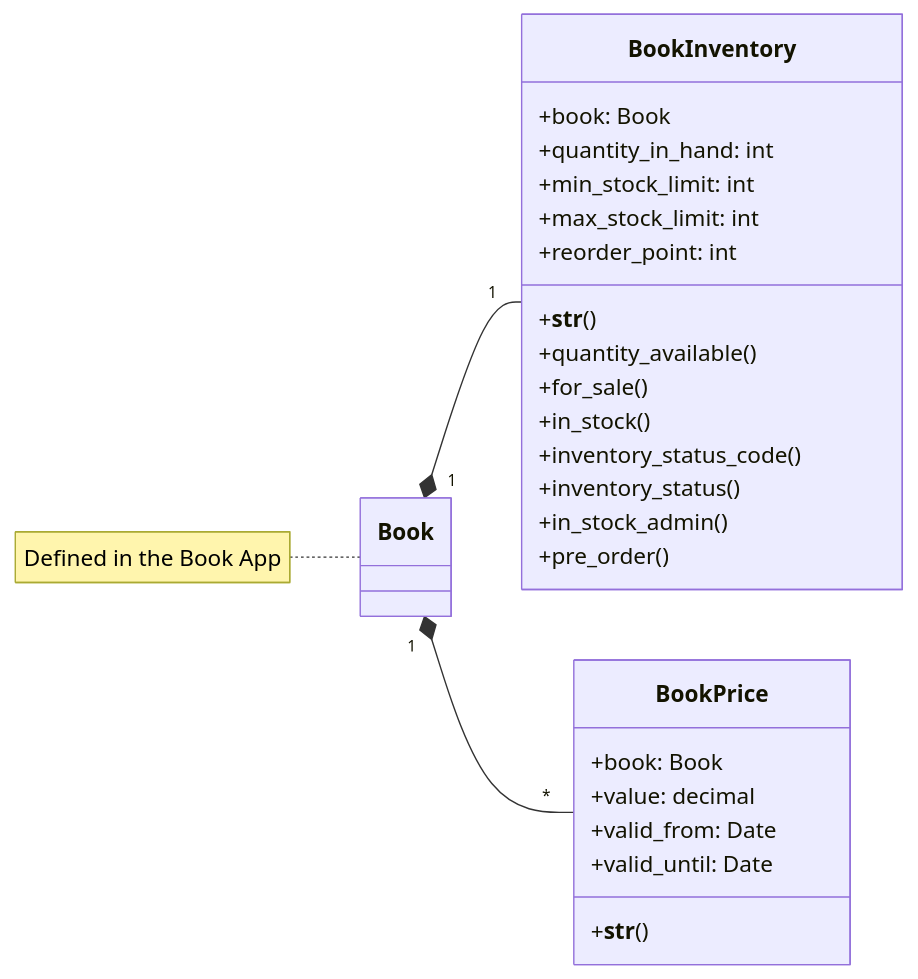
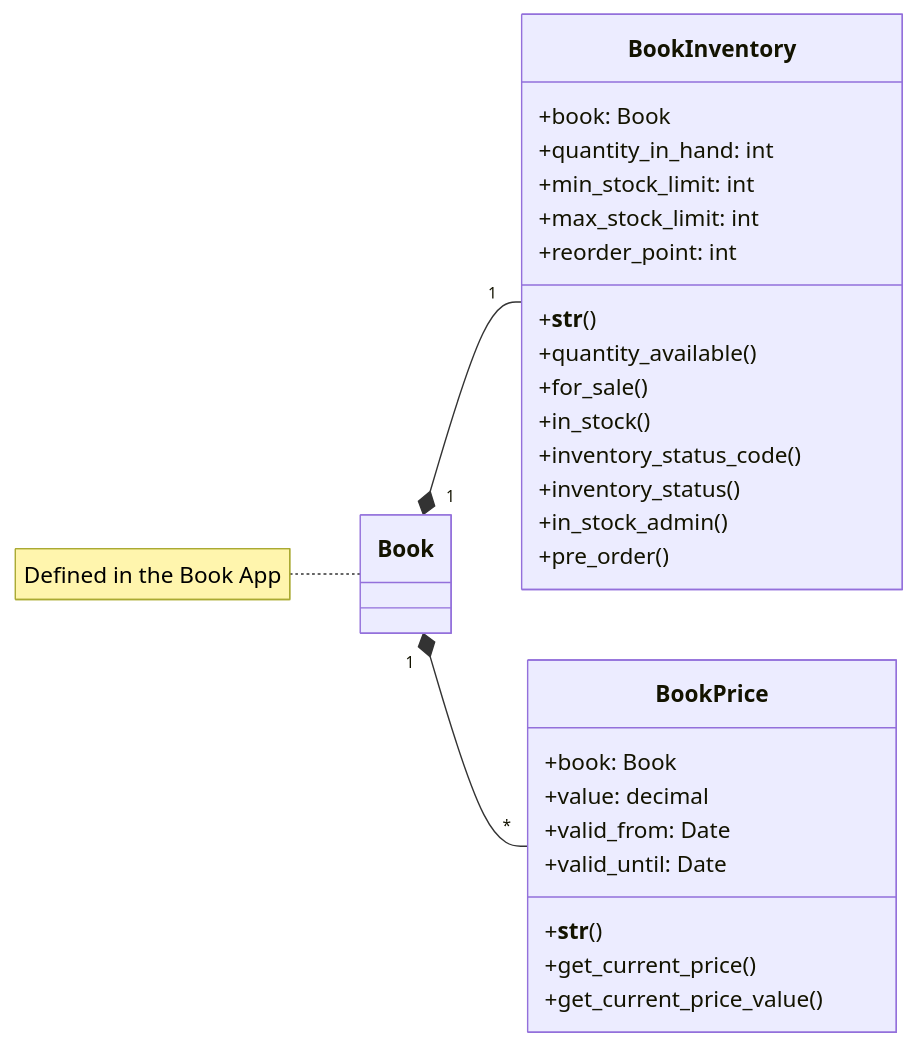
Before and after one commit to marketulinek/bookishop: the diagram in docs/models/store.md, drawn with Mermaid.

Commit message:
Update Store model diagram according to BookPrice model

````diff
--- a/docs/models/store.md
+++ b/docs/models/store.md
@@ -2,30 +2,32 @@
 ```mermaid
 classDiagram
     direction LR
     class Book
     note for Book "Defined in the Book App"
     class BookPrice{
         +book: Book
         +value: decimal
         +valid_from: Date
         +valid_until: Date
         +__str__()
+        +get_current_price()
+        +get_current_price_value()
     }
     class BookInventory{
         +book: Book
         +quantity_in_hand: int
         +min_stock_limit: int
         +max_stock_limit: int
         +reorder_point: int
         +__str__()
         +quantity_available()
         +for_sale()
         +in_stock()
         +inventory_status_code()
         +inventory_status()
         +in_stock_admin()
         +pre_order()
     }
     Book "1" *-- "1" BookInventory
     Book "1" *-- "*" BookPrice
 ```
````
